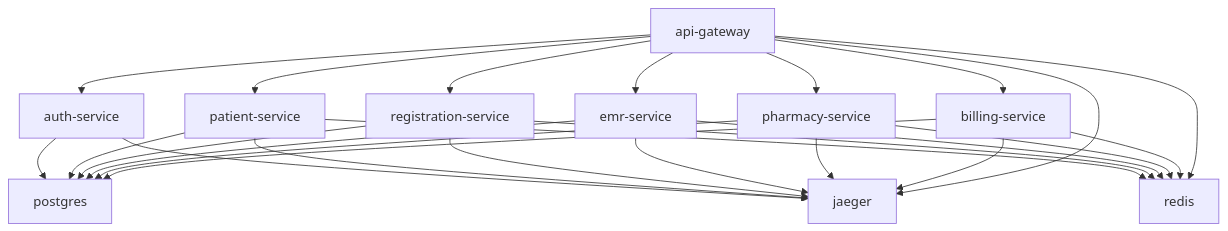
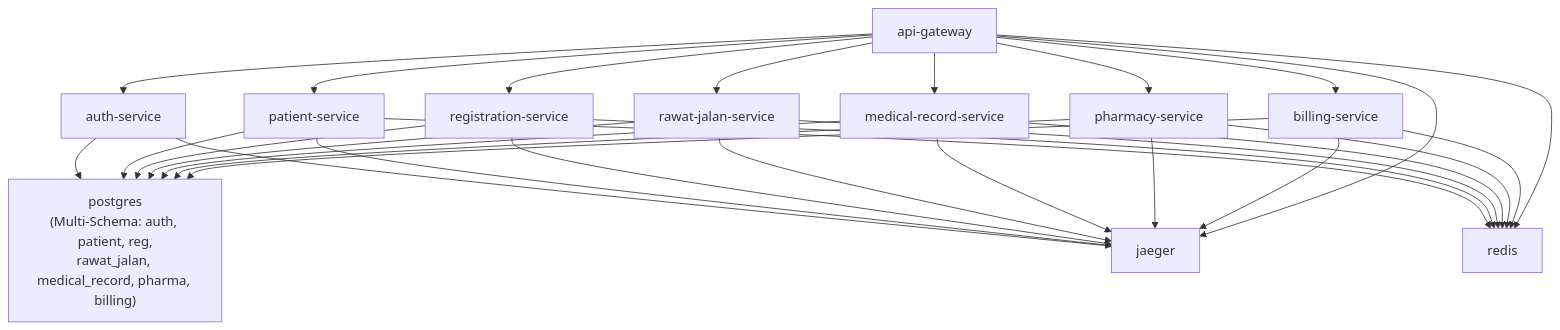
One commit to odealidj/go-micro-simrs-one changed diagram 18 of 19 in docs/be/technical/technical_documentation.md. Above: the diagram before and after it, drawn with Mermaid. The commit also changed other lines of this file and 5 other files, not shown here.

First line of the commit message:
docs: update business and technical documentation for multi-schema and rawat-jalan separation

````diff
--- a/docs/be/technical/technical_documentation.md
+++ b/docs/be/technical/technical_documentation.md
@@ -901,38 +1124,43 @@
 ```mermaid
 graph TD
-    PG["postgres"] 
+    PG["postgres\n(Multi-Schema: auth, patient, reg,\nrawat_jalan, medical_record, pharma, billing)"] 
     RDB["redis"]
     JG["jaeger"]
 
     AUTH["auth-service"] --> PG
     AUTH --> JG
 
     PATIENT["patient-service"] --> PG
     PATIENT --> RDB
     PATIENT --> JG
 
     REG["registration-service"] --> PG
     REG --> RDB
     REG --> JG
 
-    EMR["emr-service"] --> PG
-    EMR --> RDB
-    EMR --> JG
+    RJ["rawat-jalan-service"] --> PG
+    RJ --> RDB
+    RJ --> JG
+
+    MR["medical-record-service"] --> PG
+    MR --> RDB
+    MR --> JG
 
     PHARMA["pharmacy-service"] --> PG
     PHARMA --> RDB
     PHARMA --> JG
 
     BILLING["billing-service"] --> PG
     BILLING --> RDB
     BILLING --> JG
 
     GW["api-gateway"] --> AUTH
     GW --> PATIENT
     GW --> REG
-    GW --> EMR
+    GW --> RJ
+    GW --> MR
     GW --> PHARMA
     GW --> BILLING
     GW --> RDB
     GW --> JG
 ```
````
